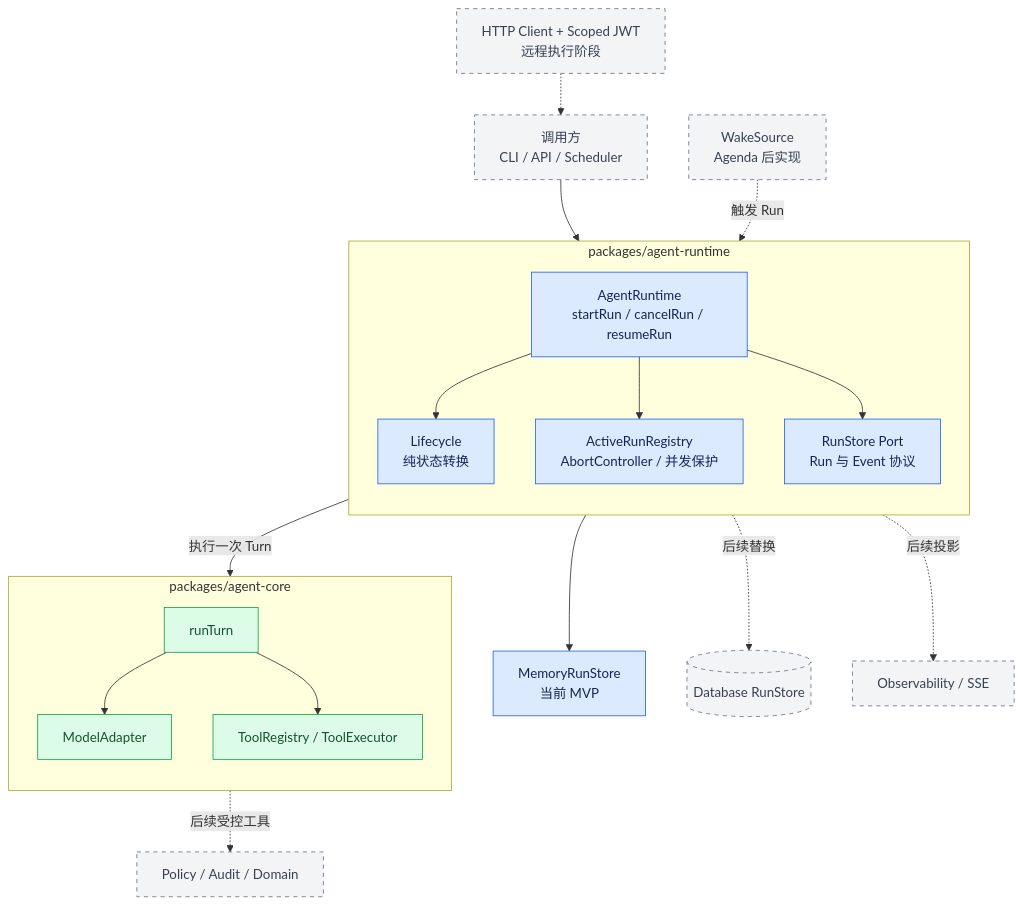
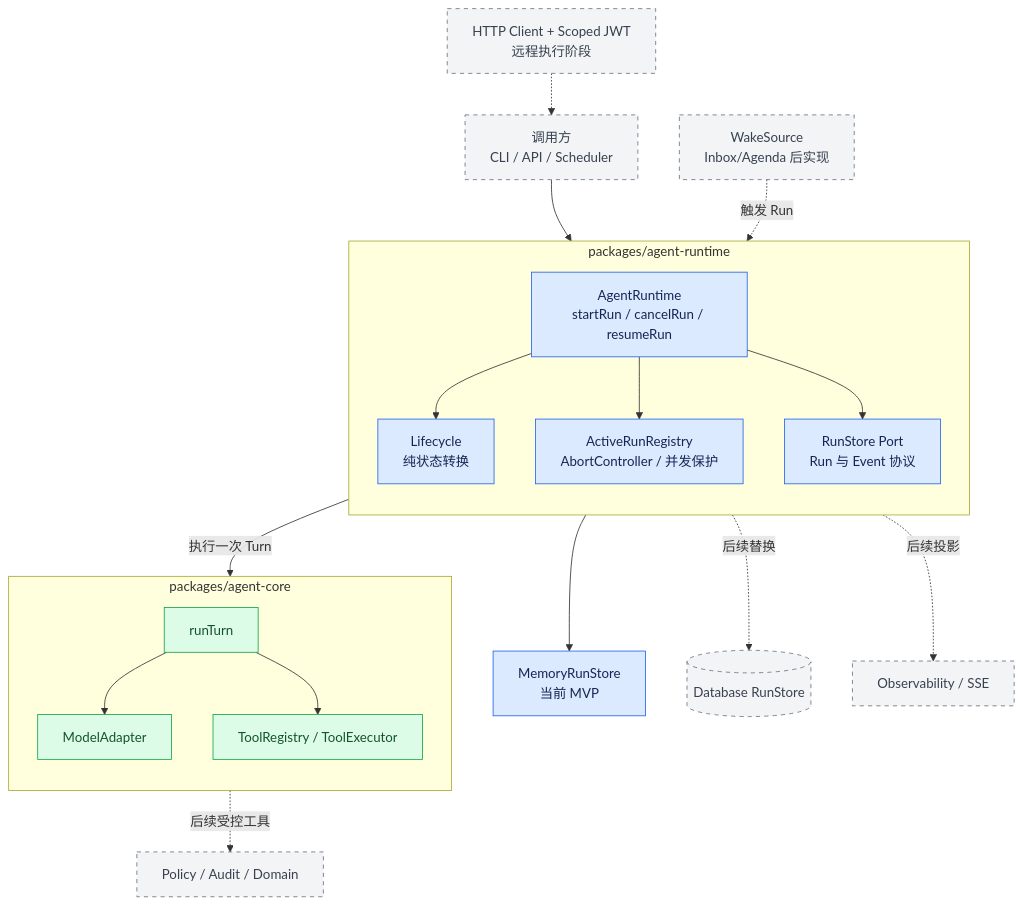
The first of 4 diagrams in docs/AGENT_RUNTIME_PLAN.md (ShawnDen-coder/fastmpa), drawn with Mermaid before and after one commit. The commit also changed other lines of this file and 8 other files, not shown here.

Commit message:
docs: update roadmap

````diff
--- a/docs/AGENT_RUNTIME_PLAN.md
+++ b/docs/AGENT_RUNTIME_PLAN.md
@@ -27,39 +29,39 @@
 ```mermaid
 flowchart TB
     Caller["调用方<br/>CLI / API / Scheduler"] --> Runtime
 
     subgraph RuntimePackage["packages/agent-runtime"]
         direction TB
         Runtime["AgentRuntime<br/>startRun / cancelRun / resumeRun"]
         Lifecycle["Lifecycle<br/>纯状态转换"]
         Active["ActiveRunRegistry<br/>AbortController / 并发保护"]
         StorePort["RunStore Port<br/>Run 与 Event 协议"]
         Runtime --> Lifecycle
         Runtime --> Active
         Runtime --> StorePort
     end
 
     subgraph CorePackage["packages/agent-core"]
         direction TB
         Turn["runTurn"]
         Model["ModelAdapter"]
         Tools["ToolRegistry / ToolExecutor"]
         Turn --> Model
         Turn --> Tools
     end
 
     Runtime -->|执行一次 Turn| Turn
     StorePort --> Memory["MemoryRunStore<br/>当前 MVP"]
     StorePort -.->|后续替换| Database[("Database RunStore")]
     StorePort -.->|后续投影| Observability["Observability / SSE"]
-    Wake["WakeSource<br/>Agenda 后实现"] -.->|触发 Run| Runtime
+    Wake["WakeSource<br/>Inbox/Agenda 后实现"] -.->|触发 Run| Runtime
     Remote["HTTP Client + Scoped JWT<br/>远程执行阶段"] -.-> Caller
     Tools -.->|后续受控工具| Domain["Policy / Audit / Domain"]
 
     classDef current fill:#dbeafe,stroke:#2563eb,color:#172554
     classDef core fill:#dcfce7,stroke:#16a34a,color:#14532d
     classDef future fill:#f3f4f6,stroke:#6b7280,color:#374151,stroke-dasharray:5 5
     class Runtime,Lifecycle,Active,StorePort,Memory current
     class Turn,Model,Tools core
     class Caller,Database,Observability,Wake,Remote,Domain future
 ```
````
